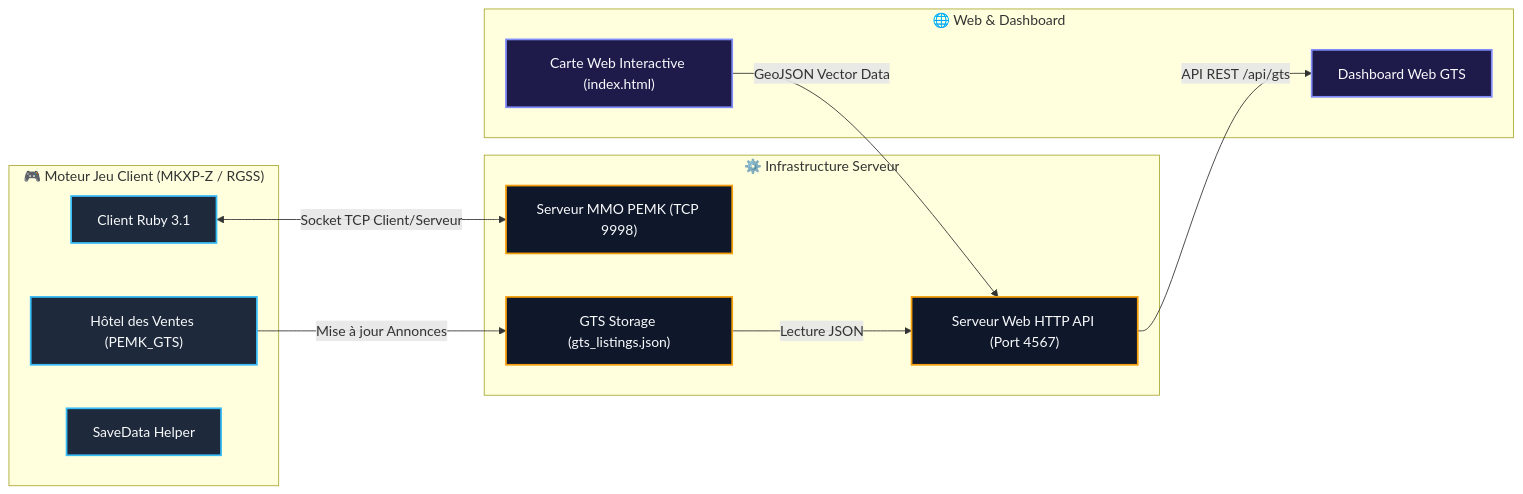
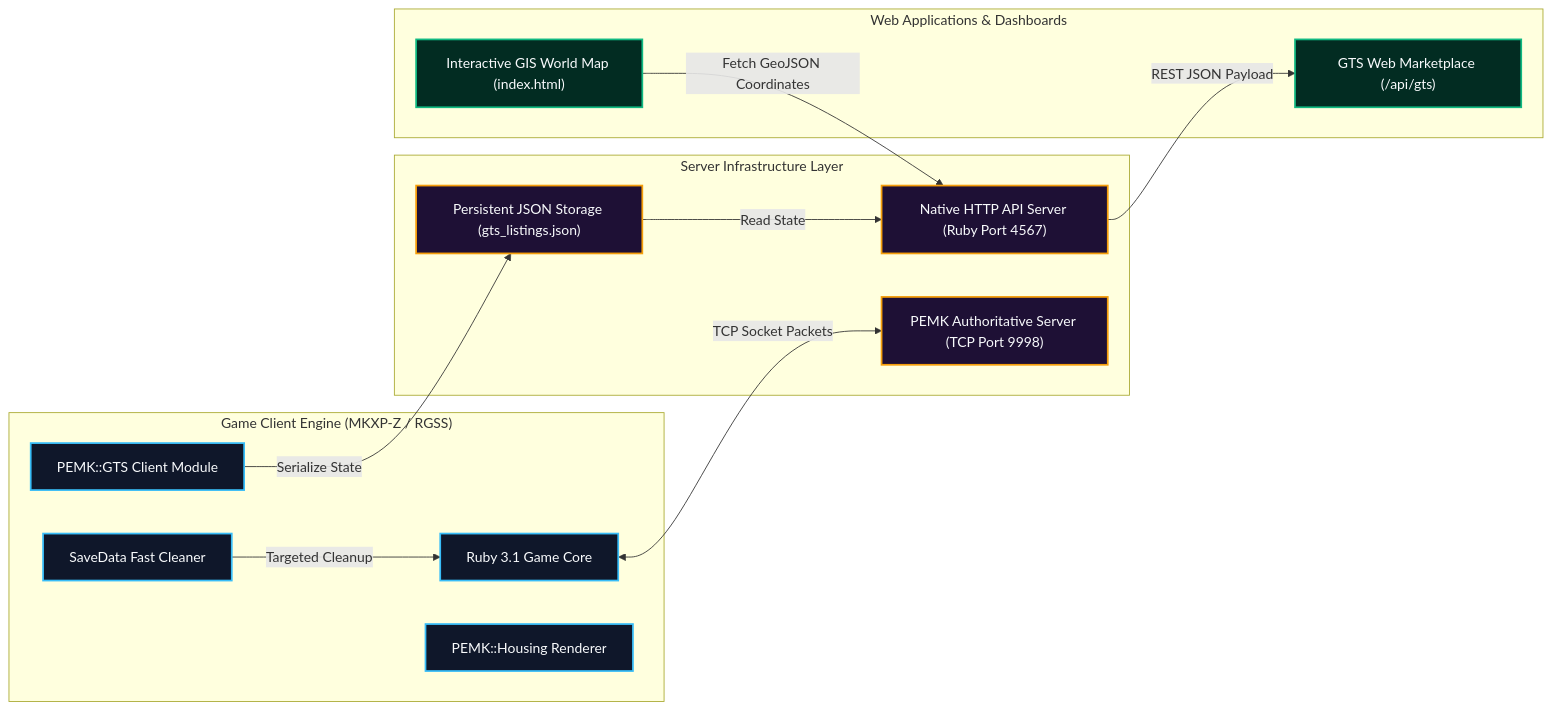
The first of 2 diagrams in README.md (NISMOR33/POKEMON-ONLINE), drawn with Mermaid before and after one commit. The commit also changed other lines of this file, not shown here.

Commit message:
feat: GTS enhancements, Delete Save button UI, intro graphics & professional README

````diff
--- a/README.md
+++ b/README.md
@@ -170,29 +57,31 @@
 ```mermaid
 flowchart LR
-    classDef client fill:#1E293B,stroke:#38BDF8,stroke-width:2px,color:#F8FAFC;
-    classDef server fill:#0F172A,stroke:#F59E0B,stroke-width:2px,color:#F8FAFC;
-    classDef web fill:#1E1B4B,stroke:#818CF8,stroke-width:2px,color:#F8FAFC;
+    classDef client fill:#0F172A,stroke:#38BDF8,stroke-width:2px,color:#F8FAFC;
+    classDef server fill:#1E1035,stroke:#F59E0B,stroke-width:2px,color:#F8FAFC;
+    classDef web fill:#022C22,stroke:#10B981,stroke-width:2px,color:#F8FAFC;
 
-    subgraph ClientLayer ["🎮 Moteur Jeu Client (MKXP-Z / RGSS)"]
-        GameClient["Client Ruby 3.1"]:::client
-        GTS_Client["Hôtel des Ventes (PEMK_GTS)"]:::client
-        Save_Manager["SaveData Helper"]:::client
+    subgraph ClientEngine ["Game Client Engine (MKXP-Z / RGSS)"]
+        GameClient["Ruby 3.1 Game Core"]:::client
+        GTS_Client["PEMK::GTS Client Module"]:::client
+        Housing_Client["PEMK::Housing Renderer"]:::client
+        Save_Manager["SaveData Fast Cleaner"]:::client
     end
 
-    subgraph ServerLayer ["⚙️ Infrastructure Serveur"]
-        MMO_Core["Serveur MMO PEMK (TCP 9998)"]:::server
-        Web_Server["Serveur Web HTTP API (Port 4567)"]:::server
-        JSON_Store["GTS Storage (gts_listings.json)"]:::server
+    subgraph ServerInfrastructure ["Server Infrastructure Layer"]
+        MMO_Core["PEMK Authoritative Server (TCP Port 9998)"]:::server
+        Web_Server["Native HTTP API Server (Ruby Port 4567)"]:::server
+        JSON_Store["Persistent JSON Storage (gts_listings.json)"]:::server
     end
 
-    subgraph WebLayer ["🌐 Web & Dashboard"]
-        Dashboard["Dashboard Web GTS"]:::web
-        InteractiveMap["Carte Web Interactive (index.html)"]:::web
+    subgraph WebInterface ["Web Applications & Dashboards"]
+        Dashboard["GTS Web Marketplace (/api/gts)"]:::web
+        InteractiveMap["Interactive GIS World Map (index.html)"]:::web
     end
 
-    GameClient <-->|Socket TCP Client/Serveur| MMO_Core
-    GTS_Client -->|Mise à jour Annonces| JSON_Store
-    JSON_Store -->|Lecture JSON| Web_Server
-    Web_Server -->|API REST /api/gts| Dashboard
-    InteractiveMap -->|GeoJSON Vector Data| Web_Server
+    GameClient <-->|TCP Socket Packets| MMO_Core
+    GTS_Client -->|Serialize State| JSON_Store
+    JSON_Store -->|Read State| Web_Server
+    Web_Server -->|REST JSON Payload| Dashboard
+    InteractiveMap -->|Fetch GeoJSON Coordinates| Web_Server
+    Save_Manager -->|Targeted Cleanup| GameClient
 ```
````
